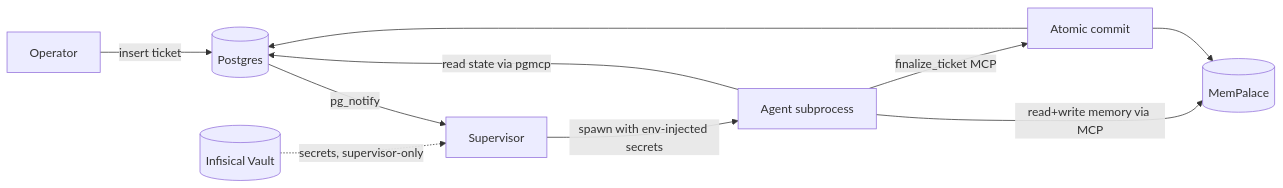
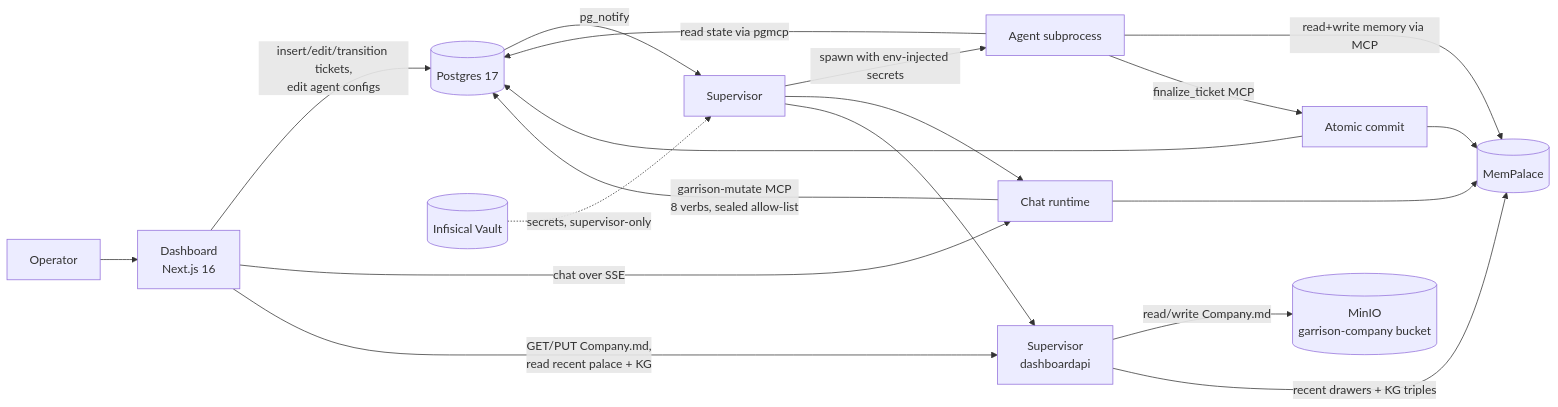
One commit to garrison-hq/garrison changed the diagram in README.md. Above: the diagram before and after it, drawn with Mermaid. The commit also changed other lines of this file and 2 other files, not shown here.

First line of the commit message:
docs: update README + ARCHITECTURE + repo-layout for M3 → M5.4 ship state

````diff
--- a/README.md
+++ b/README.md
@@ -70,12 +74,21 @@
 ```mermaid
 flowchart LR
-    UI[Operator] -->|insert ticket| PG[(Postgres)]
+    OP[Operator] --> DASH[Dashboard<br/>Next.js 16]
+    DASH -->|insert/edit/transition tickets,<br/>edit agent configs| PG[(Postgres 17)]
+    DASH -->|chat over SSE| CHAT[Chat runtime]
+    DASH -->|GET/PUT Company.md,<br/>read recent palace + KG| API[Supervisor<br/>dashboardapi]
     PG -->|pg_notify| SUP[Supervisor]
     VAULT[(Infisical Vault)] -.->|secrets, supervisor-only| SUP
     SUP -->|spawn with env-injected secrets| A[Agent subprocess]
+    SUP --> CHAT
+    SUP --> API
     A -->|read state via pgmcp| PG
     A -->|read+write memory via MCP| MP[(MemPalace)]
     A -->|finalize_ticket MCP| FIN[Atomic commit]
     FIN --> PG
     FIN --> MP
+    CHAT -->|garrison-mutate MCP<br/>8 verbs, sealed allow-list| PG
+    CHAT --> MP
+    API -->|read/write Company.md| MIN[(MinIO<br/>garrison-company bucket)]
+    API -->|recent drawers + KG triples| MP
 ```
````
